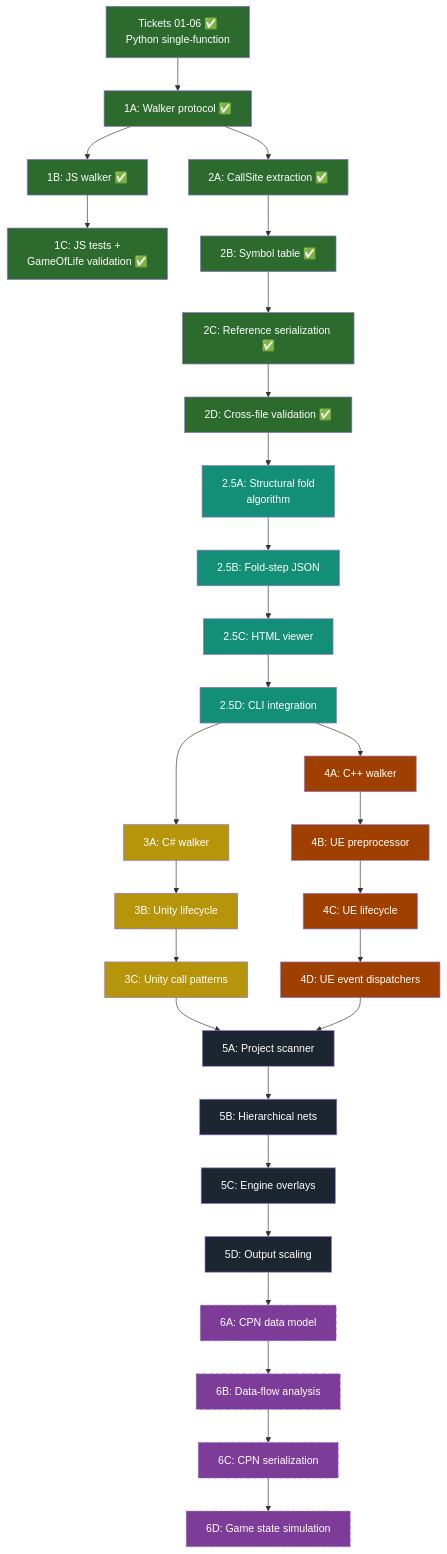
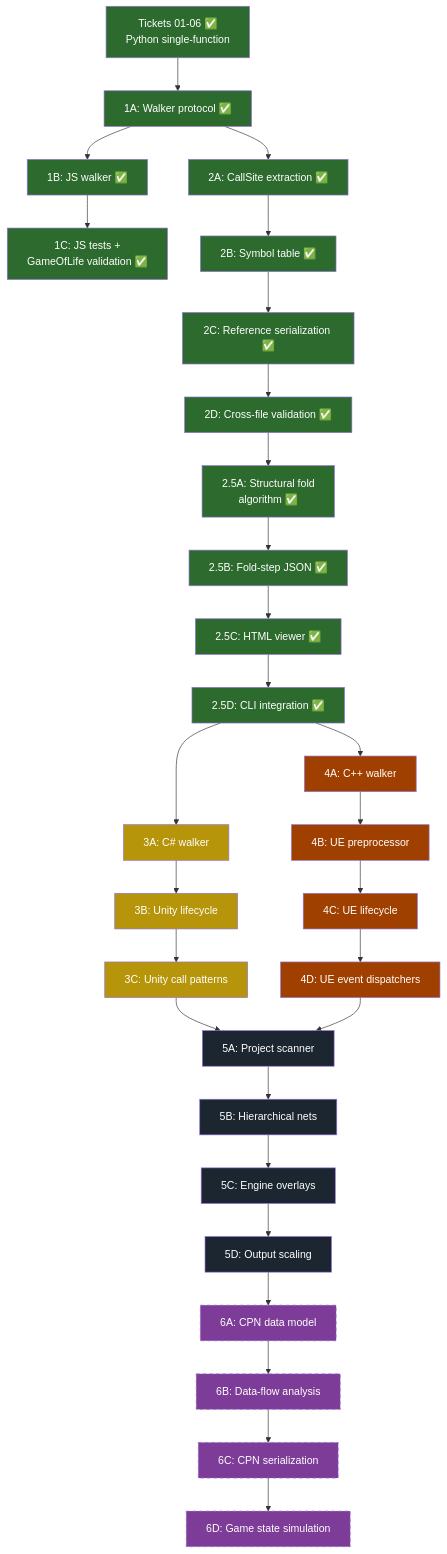
The second of 2 diagrams in .scratch/code2petri/grand_plan.md (ric6121824/code2petri), drawn with Mermaid before and after one commit. The commit also changed other lines of this file and 3 other files, not shown here.

````diff
--- a/.scratch/code2petri/grand_plan.md
+++ b/.scratch/code2petri/grand_plan.md
@@ -604,64 +604,64 @@
 ```mermaid
 graph TD
     T01["Tickets 01-06 ✅\nPython single-function"] --> P1A["1A: Walker protocol ✅"]
     P1A --> P1B["1B: JS walker ✅"]
     P1B --> P1C["1C: JS tests +\nGameOfLife validation ✅"]
     
     P1A --> P2A["2A: CallSite extraction ✅"]
     P2A --> P2B["2B: Symbol table ✅"]
     P2B --> P2C["2C: Reference serialization ✅"]
     P2C --> P2D["2D: Cross-file validation ✅"]
     
-    P2D --> P25A["2.5A: Structural fold\nalgorithm"]
-    P25A --> P25B["2.5B: Fold-step JSON"]
-    P25B --> P25C["2.5C: HTML viewer"]
-    P25C --> P25D["2.5D: CLI integration"]
+    P2D --> P25A["2.5A: Structural fold\nalgorithm ✅"]
+    P25A --> P25B["2.5B: Fold-step JSON ✅"]
+    P25B --> P25C["2.5C: HTML viewer ✅"]
+    P25C --> P25D["2.5D: CLI integration ✅"]
     
     P25D --> P3A["3A: C# walker"]
     P3A --> P3B["3B: Unity lifecycle"]
     P3B --> P3C["3C: Unity call patterns"]
     
     P25D --> P4A["4A: C++ walker"]
     P4A --> P4B["4B: UE preprocessor"]
     P4B --> P4C["4C: UE lifecycle"]
     P4C --> P4D["4D: UE event dispatchers"]
     
     P3C --> P5A["5A: Project scanner"]
     P4D --> P5A
     P5A --> P5B["5B: Hierarchical nets"]
     P5B --> P5C["5C: Engine overlays"]
     P5C --> P5D["5D: Output scaling"]
     
     P5D --> P6A["6A: CPN data model"]
     P6A --> P6B["6B: Data-flow analysis"]
     P6B --> P6C["6C: CPN serialization"]
     P6C --> P6D["6D: Game state simulation"]
     
     style T01 fill:#2d6a2d,color:#fff
     style P1A fill:#2d6a2d,color:#fff
     style P1B fill:#2d6a2d,color:#fff
     style P1C fill:#2d6a2d,color:#fff
     style P2A fill:#2d6a2d,color:#fff
     style P2B fill:#2d6a2d,color:#fff
     style P2C fill:#2d6a2d,color:#fff
     style P2D fill:#2d6a2d,color:#fff
-    style P25A fill:#148f77,color:#fff
-    style P25B fill:#148f77,color:#fff
-    style P25C fill:#148f77,color:#fff
-    style P25D fill:#148f77,color:#fff
+    style P25A fill:#2d6a2d,color:#fff
+    style P25B fill:#2d6a2d,color:#fff
+    style P25C fill:#2d6a2d,color:#fff
+    style P25D fill:#2d6a2d,color:#fff
     style P3A fill:#b7950b,color:#fff
     style P3B fill:#b7950b,color:#fff
     style P3C fill:#b7950b,color:#fff
     style P4A fill:#a04000,color:#fff
     style P4B fill:#a04000,color:#fff
     style P4C fill:#a04000,color:#fff
     style P4D fill:#a04000,color:#fff
     style P5A fill:#1b2631,color:#fff
     style P5B fill:#1b2631,color:#fff
     style P5C fill:#1b2631,color:#fff
     style P5D fill:#1b2631,color:#fff
     style P6A fill:#7d3c98,color:#fff,stroke-dasharray: 5 5
     style P6B fill:#7d3c98,color:#fff,stroke-dasharray: 5 5
     style P6C fill:#7d3c98,color:#fff,stroke-dasharray: 5 5
     style P6D fill:#7d3c98,color:#fff,stroke-dasharray: 5 5
 ```
````
